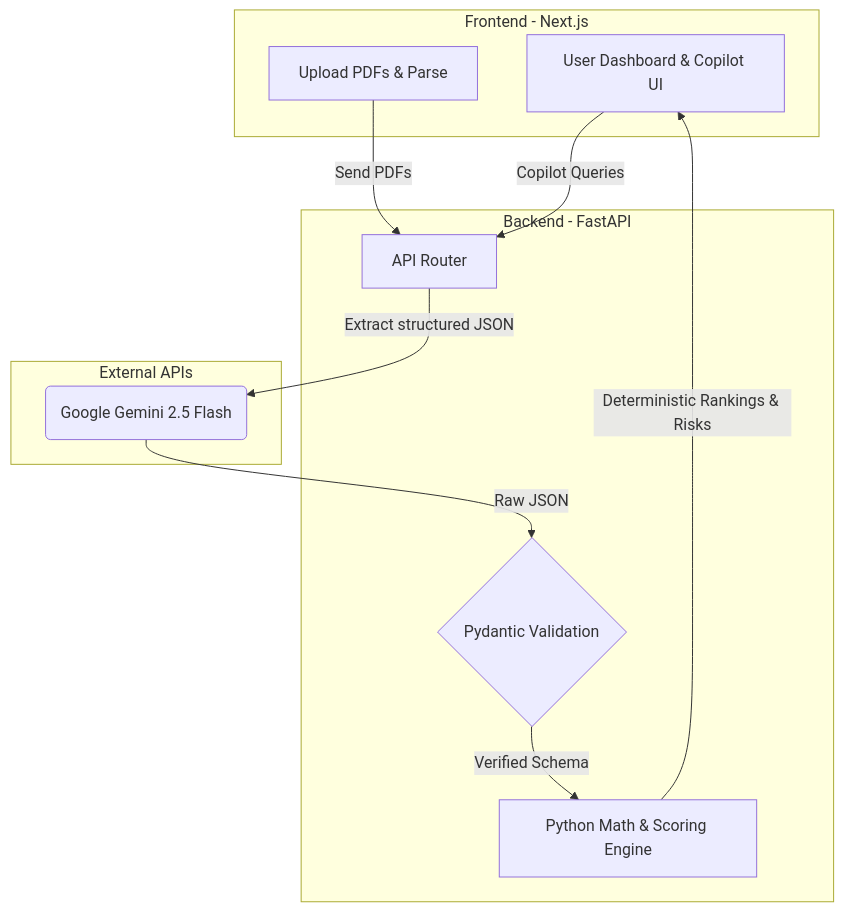
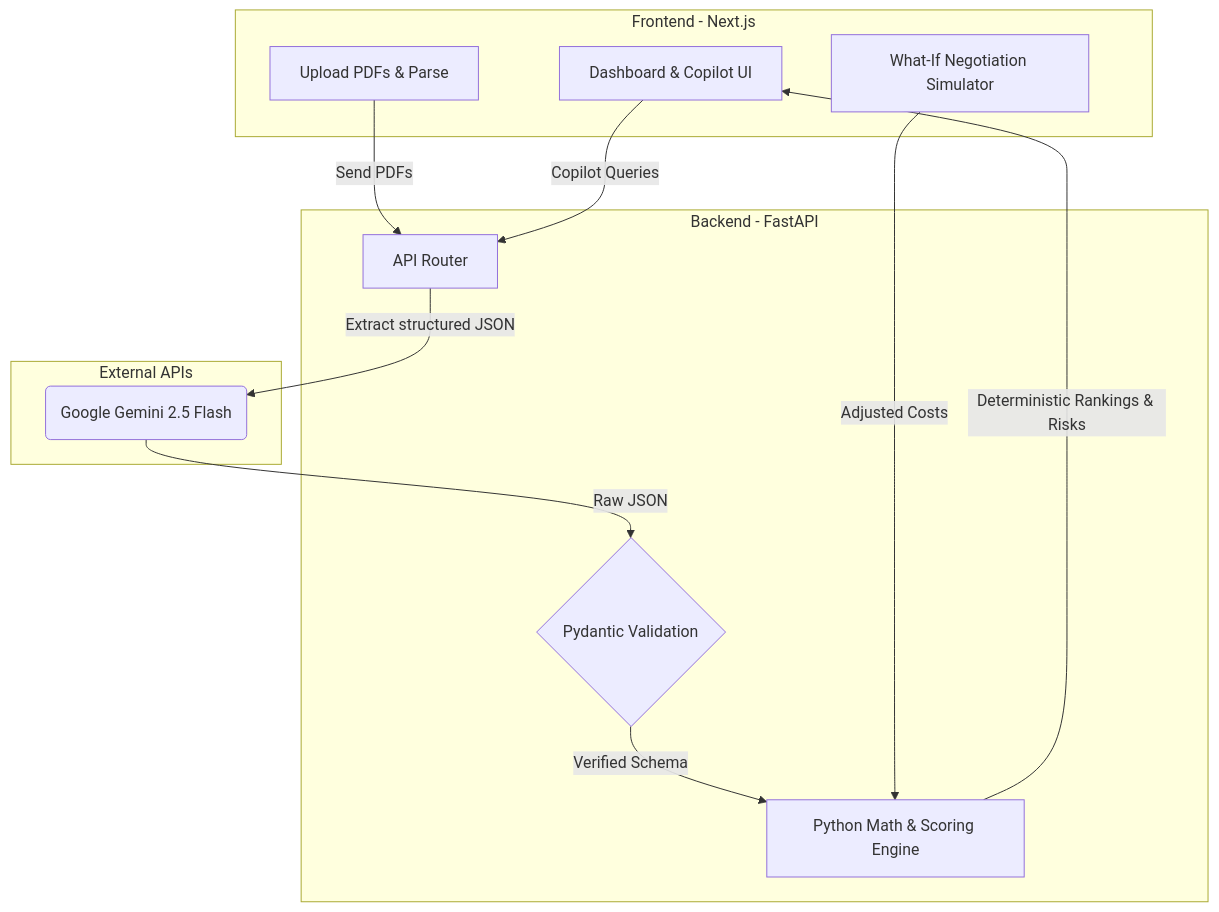
One commit to ADITYApg-123/ProcurePilot-AI changed the diagram in README.md. Above: the diagram before and after it, drawn with Mermaid. The commit also changed other lines of this file, not shown here.

Commit message:
docs: complete README rewrite reflecting premium dashboard redesign and new features

````diff
--- a/README.md
+++ b/README.md
@@ -52,24 +74,26 @@
 ```mermaid
 graph TD
-    subgraph Client [Frontend - Next.js]
-        UI[User Dashboard & Copilot UI]
-        Upload[Upload PDFs & Parse]
+    subgraph Client ["Frontend - Next.js"]
+        UI["Dashboard & Copilot UI"]
+        Upload["Upload PDFs & Parse"]
+        Simulator["What-If Negotiation Simulator"]
     end
 
-    subgraph Server [Backend - FastAPI]
-        API[API Router]
-        Validator{Pydantic Validation}
-        Engine[Python Math & Scoring Engine]
+    subgraph Server ["Backend - FastAPI"]
+        API["API Router"]
+        Validator{"Pydantic Validation"}
+        Engine["Python Math & Scoring Engine"]
     end
 
-    subgraph External [External APIs]
-        Gemini(Google Gemini 2.5 Flash)
+    subgraph External ["External APIs"]
+        Gemini("Google Gemini 2.5 Flash")
     end
 
     Upload -->|Send PDFs| API
     API -->|Extract structured JSON| Gemini
     Gemini -->|Raw JSON| Validator
     Validator -->|Verified Schema| Engine
     Engine -->|Deterministic Rankings & Risks| UI
     UI -->|Copilot Queries| API
+    Simulator -->|Adjusted Costs| Engine
 ```
````
